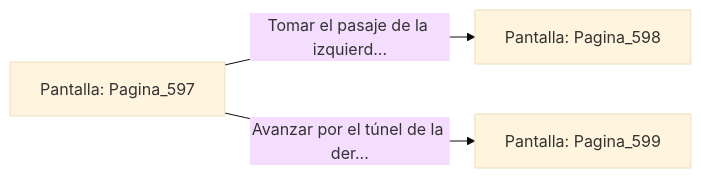
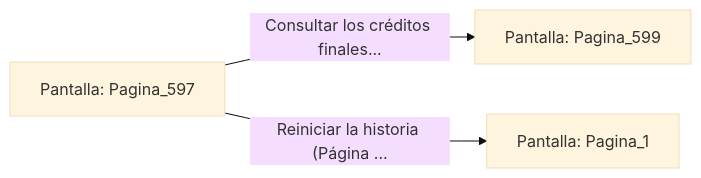
Before and after one commit to metsuke/mpl: the diagram in sample/eligejuego-vault/Pantalla_Pagina_597.md, drawn with Mermaid (base theme). The commit also changed other lines of this file and 635 other files, not shown here.

First line of the commit message:
fix: añadir Pagina_1 como pantalla inicial en capitulo_01.mpl

````diff
--- a/sample/eligejuego-vault/Pantalla_Pagina_597.md
+++ b/sample/eligejuego-vault/Pantalla_Pagina_597.md
@@ -20,6 +24,6 @@
 ```mermaid
 graph LR
     P_Pagina_597["Pantalla: Pagina_597"]
-    P_Pagina_597 -->|"Tomar el pasaje de la izquierd..."| P_Pagina_598["Pantalla: Pagina_598"]
-    P_Pagina_597 -->|"Avanzar por el túnel de la der..."| P_Pagina_599["Pantalla: Pagina_599"]
+    P_Pagina_597 -->|"Consultar los créditos finales..."| P_Pagina_599["Pantalla: Pagina_599"]
+    P_Pagina_597 -->|"Reiniciar la historia (Página ..."| P_Pagina_1["Pantalla: Pagina_1"]
 ```
````
